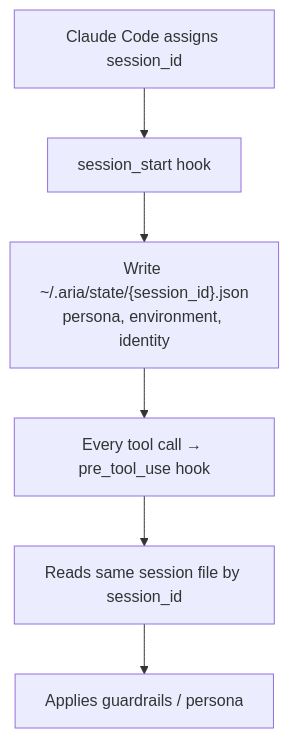
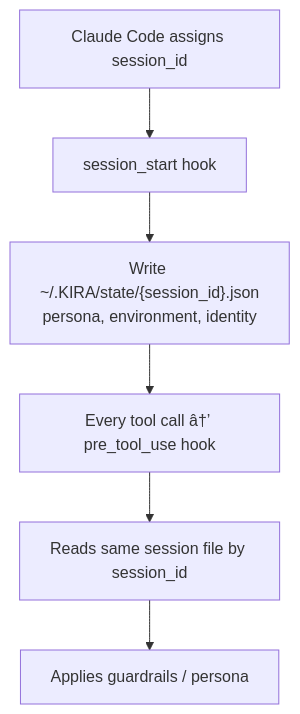
Before and after one commit to dnyanesh-k/notes: diagram 31 of 32 in interview/QnA.md, drawn with Mermaid. The commit also changed other lines of this file and 17 other files, not shown here.

````diff
--- a/interview/QnA.md
+++ b/interview/QnA.md
@@ -2715,8 +3379,8 @@
 ```mermaid
 flowchart TB
     A["Claude Code assigns session_id"] --> B["session_start hook"]
-    B --> C["Write ~/.aria/state/{session_id}.json\npersona, environment, identity"]
-    C --> D["Every tool call → pre_tool_use hook"]
+    B --> C["Write ~/.KIRA/state/{session_id}.json\npersona, environment, identity"]
+    C --> D["Every tool call â†’ pre_tool_use hook"]
     D --> E["Reads same session file by session_id"]
     E --> F["Applies guardrails / persona"]
 ```
````
